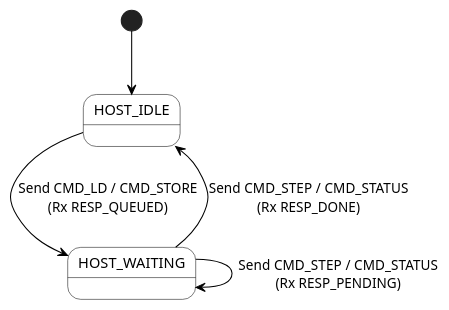
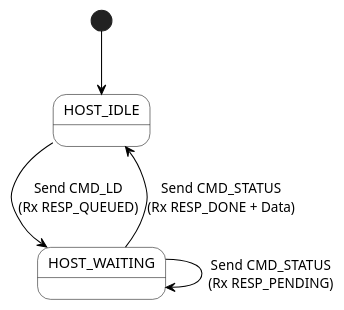
The first of 2 diagrams in firmware/BusProbe_RevB/PicoPicAsync.md (mmosko/Zx50), drawn with PlantUML before and after one commit. The commit also changed other lines of this file and 14 other files, not shown here.

````diff
--- a/firmware/BusProbe_RevB/PicoPicAsync.md
+++ b/firmware/BusProbe_RevB/PicoPicAsync.md
@@ -75,18 +66,17 @@
 ```plantuml
 @startuml
 skinparam handwritten false
 skinparam shadowing false
 skinparam state {
   BackgroundColor White
   BorderColor Black
   ArrowColor Black
 }
 
 [*] --> HOST_IDLE
 
-HOST_IDLE --> HOST_WAITING : Send CMD_LD / CMD_STORE\n(Rx RESP_QUEUED)
-HOST_WAITING --> HOST_WAITING : Send CMD_STEP / CMD_STATUS\n(Rx RESP_PENDING)
-HOST_WAITING --> HOST_IDLE : Send CMD_STEP / CMD_STATUS\n(Rx RESP_DONE)
-
+HOST_IDLE --> HOST_WAITING : Send CMD_LD\n(Rx RESP_QUEUED)
+HOST_WAITING --> HOST_WAITING : Send CMD_STATUS\n(Rx RESP_PENDING)
+HOST_WAITING --> HOST_IDLE : Send CMD_STATUS\n(Rx RESP_DONE + Data)
 @enduml
 ```
````
